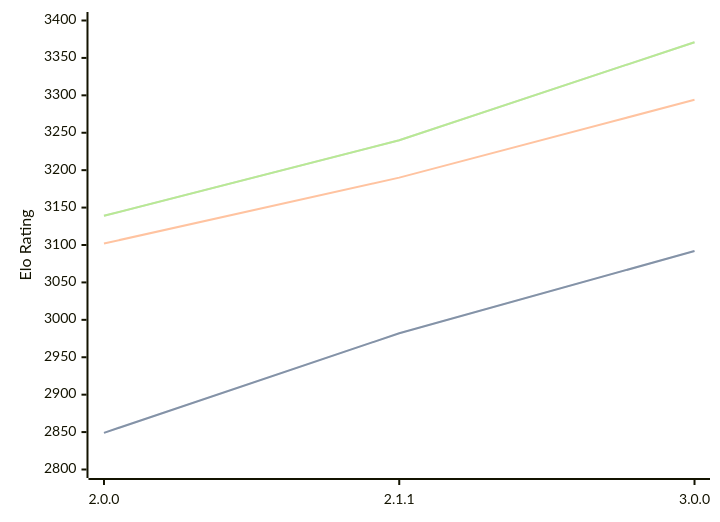
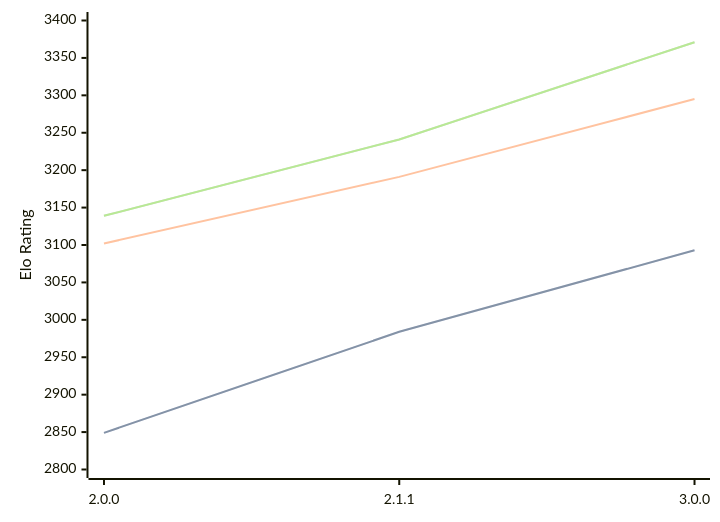
One commit to computer-chess-index/cci changed the third of 3 diagrams in engines/Bread.md. Above: the diagram before and after it, drawn with Mermaid. The commit also changed other lines of this file, not shown here.

Commit message:
Update CCI Ratings (ELO VLTC) - 2026-07-17

````diff
--- a/engines/Bread.md
+++ b/engines/Bread.md
@@ -86,11 +86,11 @@
 ```mermaid
 %%{init: {"theme":"base","themeVariables":{"seriesColors:['#a3a3a3','#222221','#faa371']}}}%%
 xychart-beta
   x-axis ["2.0.0", "2.1.1", "3.0.0"]
   y-axis "Elo Rating" 2800 --> 3400
-  line "STC (8.0+0.08s)" [2849, 2982, 3092]
-  line "STC (8.0+0.08s)" [2849, 2982, 3092]
-  line "LTC (60.0+0.60s)" [3102, 3190, 3294]
-  line "VLTC (2m24s+1.12s)" [3139, 3240, 3371]
-  line "VLTC (2m24s+1.12s)" [3139, 3240, 3371]
+  line "STC (8.0+0.08s)" [2849, 2984, 3093]
+  line "STC (8.0+0.08s)" [2849, 2984, 3093]
+  line "LTC (60.0+0.60s)" [3102, 3191, 3295]
+  line "VLTC (2m24s+1.12s)" [3139, 3241, 3371]
+  line "VLTC (2m24s+1.12s)" [3139, 3241, 3371]
 ```
````
